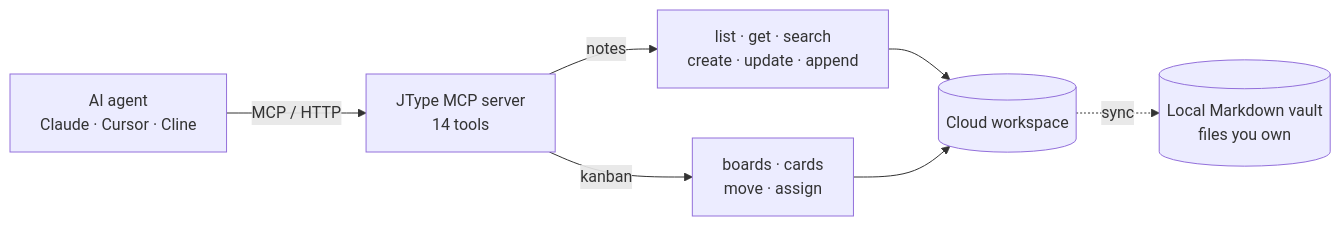
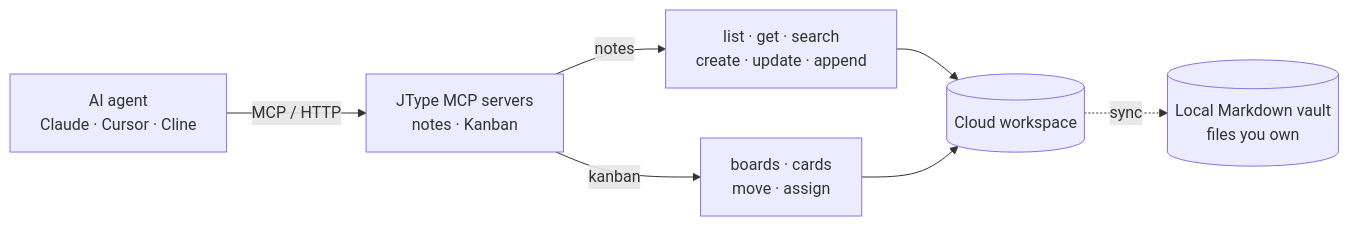
Before and after one commit to cnjack/jtype: the first of 3 diagrams in README.md, drawn with Mermaid. The commit also changed other lines of this file and 112 other files, not shown here.

````diff
--- a/README.md
+++ b/README.md
@@ -63,9 +64,9 @@
 ```mermaid
 flowchart LR
-    A["AI agent<br/>Claude · Cursor · Cline"] -- "MCP / HTTP" --> M["JType MCP server<br/>14 tools"]
+    A["AI agent<br/>Claude · Cursor · Cline"] -- "MCP / HTTP" --> M["JType MCP servers<br/>notes · Kanban"]
     M -- notes --> N["list · get · search<br/>create · update · append"]
     M -- kanban --> K["boards · cards<br/>move · assign"]
     N --> WS[("Cloud workspace")]
     K --> WS
     WS -. sync .-> V[("Local Markdown vault<br/>files you own")]
 ```
````
